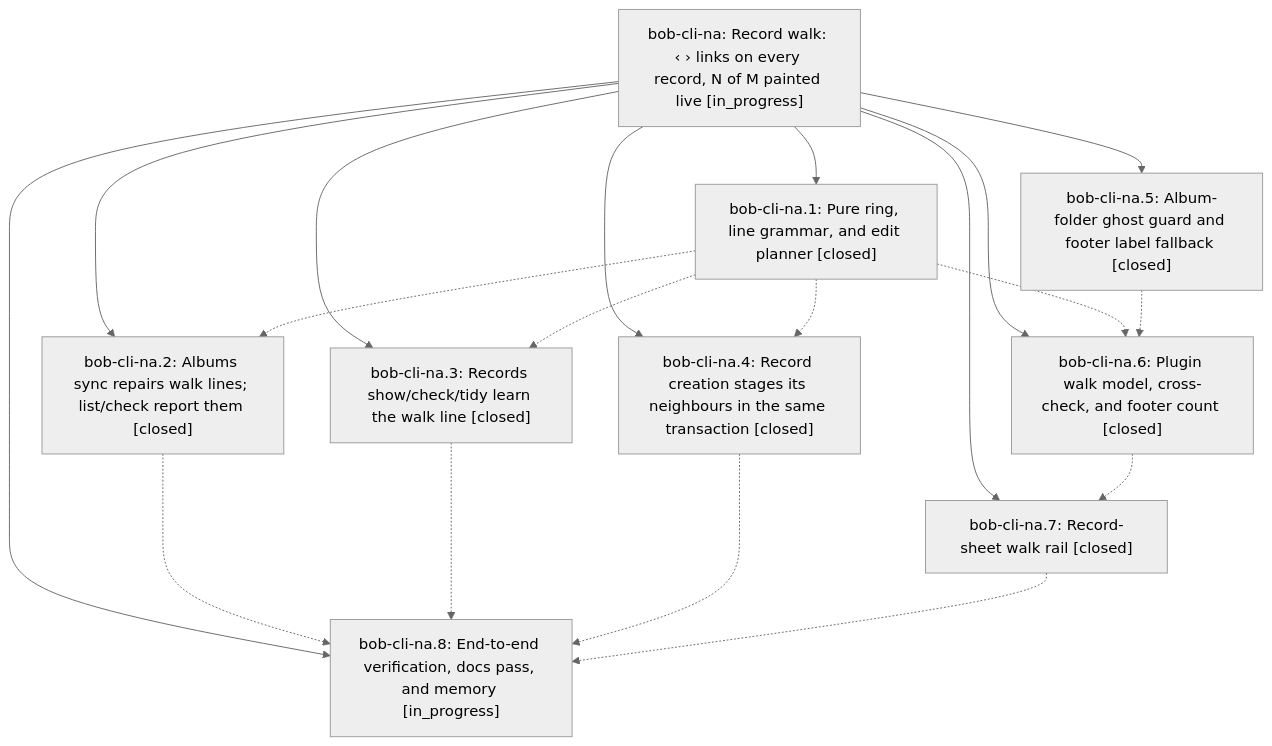
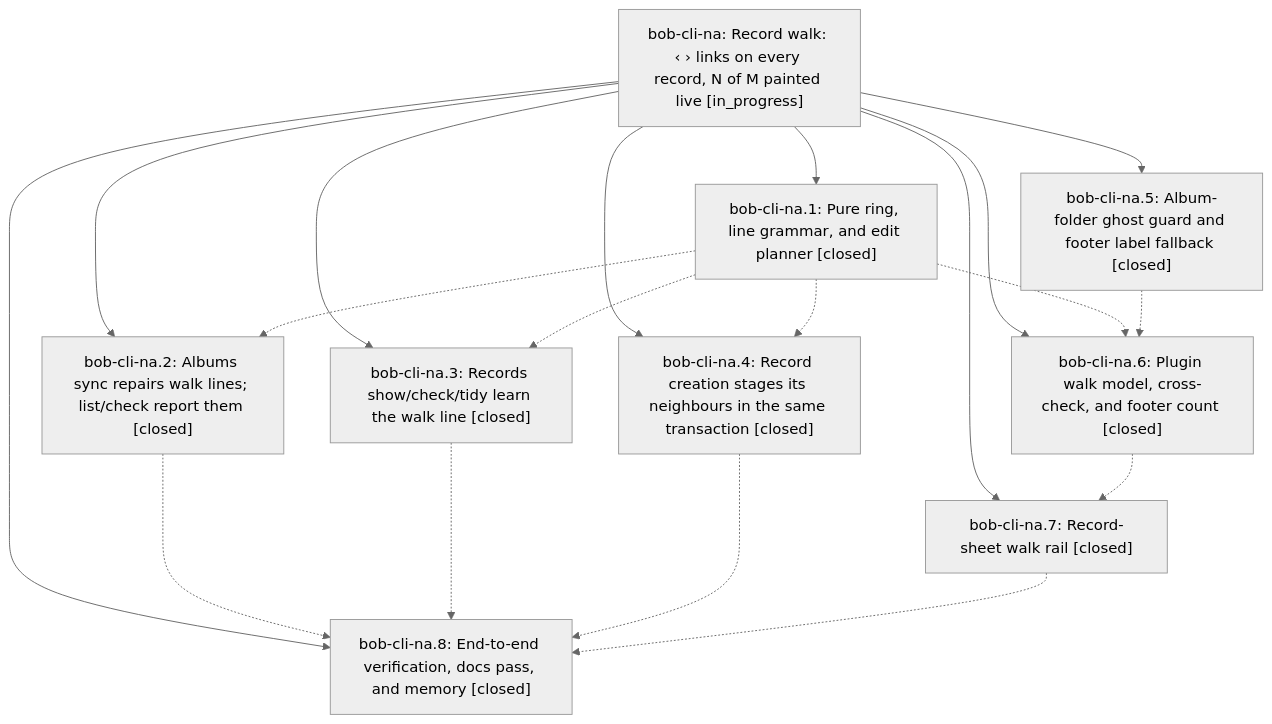
Before and after one commit to bobs-org/bob-cli--beads: the diagram in pages/bob-cli-na/README.md, drawn with Mermaid (neutral theme). The commit also changed other lines of this file and 5 other files, not shown here.

First line of the commit message:
chore(beads): sync bead state and pages for bob-cli-na

````diff
--- a/pages/bob-cli-na/README.md
+++ b/pages/bob-cli-na/README.md
@@ -43,30 +43,30 @@
 ```mermaid
 flowchart TD
     n0["bob-cli-na: Record walk: ‹ › links on every record, N of M painted live [in_progress]"]
     n1["bob-cli-na.1: Pure ring, line grammar, and edit planner [closed]"]
     n2["bob-cli-na.2: Albums sync repairs walk lines; list/check report them [closed]"]
     n3["bob-cli-na.3: Records show/check/tidy learn the walk line [closed]"]
     n4["bob-cli-na.4: Record creation stages its neighbours in the same transaction [closed]"]
     n5["bob-cli-na.5: Album-folder ghost guard and footer label fallback [closed]"]
     n6["bob-cli-na.6: Plugin walk model, cross-check, and footer count [closed]"]
     n7["bob-cli-na.7: Record-sheet walk rail [closed]"]
-    n8["bob-cli-na.8: End-to-end verification, docs pass, and memory [in_progress]"]
+    n8["bob-cli-na.8: End-to-end verification, docs pass, and memory [closed]"]
     n0 --> n1
     n0 --> n2
     n0 --> n3
     n0 --> n4
     n0 --> n5
     n0 --> n6
     n0 --> n7
     n0 --> n8
     n1 -.-> n2
     n1 -.-> n3
     n1 -.-> n4
     n1 -.-> n6
     n2 -.-> n8
     n3 -.-> n8
     n4 -.-> n8
     n5 -.-> n6
     n6 -.-> n7
     n7 -.-> n8
 ```
````
